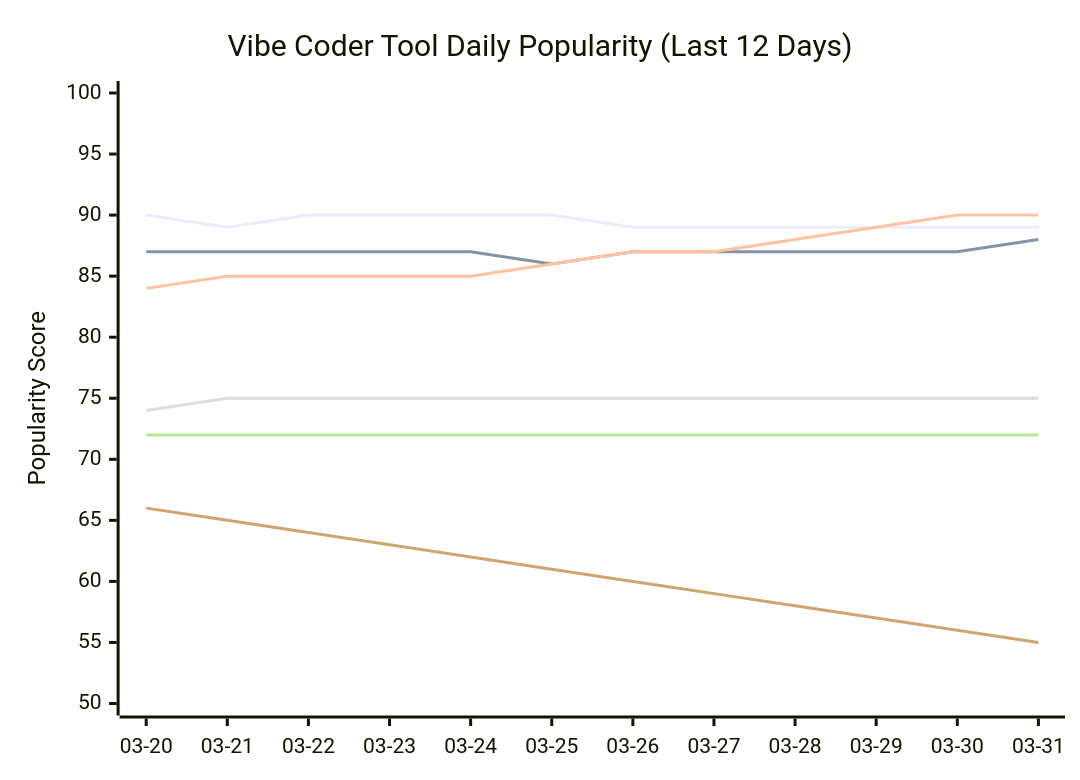
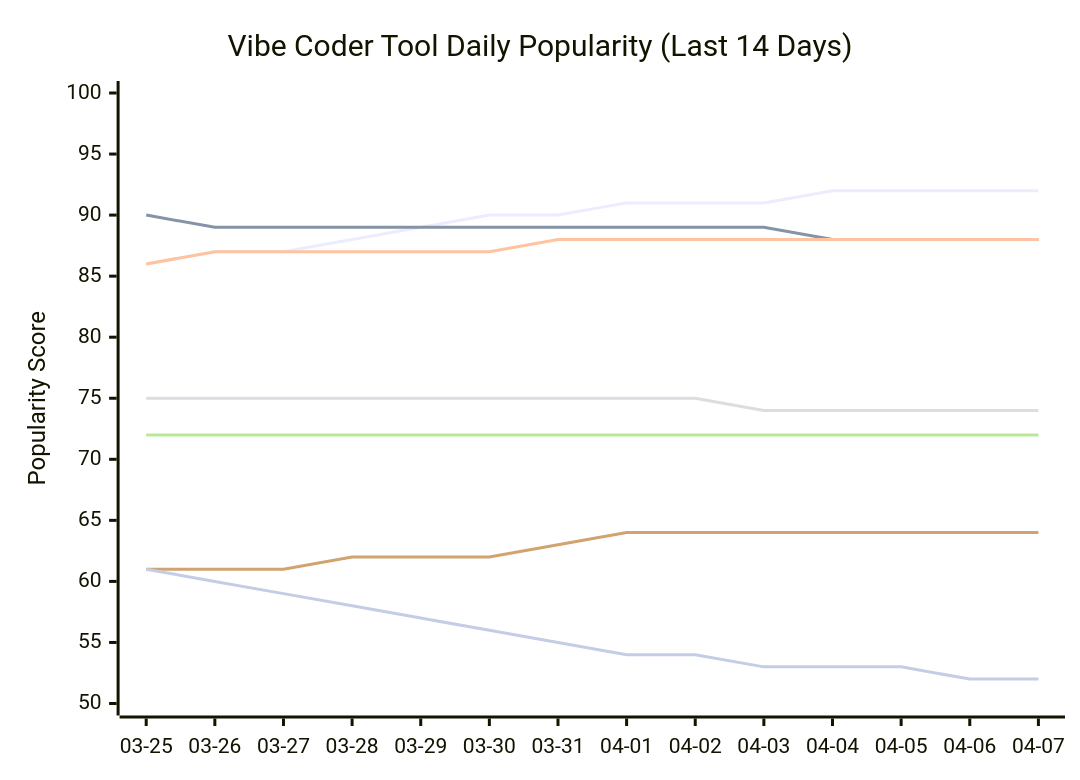
The seventh of 11 diagrams in README.md (Lazere4385/ai-whatchelin), drawn with Mermaid before and after one commit. The commit also changed other lines of this file and 2 other files, not shown here.

Commit message:
auto: daily update (2026-04-07)

````diff
--- a/README.md
+++ b/README.md
@@ -522,12 +528,13 @@
 ```mermaid
 xychart-beta
-    title "Vibe Coder Tool Daily Popularity (Last 12 Days)"
-    x-axis ["03-20", "03-21", "03-22", "03-23", "03-24", "03-25", "03-26", "03-27", "03-28", "03-29", "03-30", "03-31"]
+    title "Vibe Coder Tool Daily Popularity (Last 14 Days)"
+    x-axis ["03-25", "03-26", "03-27", "03-28", "03-29", "03-30", "03-31", "04-01", "04-02", "04-03", "04-04", "04-05", "04-06", "04-07"]
     y-axis "Popularity Score" 50 --> 100
-    line "GH Copilot" [90, 89, 90, 90, 90, 90, 89, 89, 89, 89, 89, 89]
-    line "Cursor" [87, 87, 87, 87, 87, 86, 87, 87, 87, 87, 87, 88]
-    line "Claude Code" [84, 85, 85, 85, 85, 86, 87, 87, 88, 89, 90, 90]
-    line "Windsurf" [74, 75, 75, 75, 75, 75, 75, 75, 75, 75, 75, 75]
-    line "Codex CLI" [72, 72, 72, 72, 72, 72, 72, 72, 72, 72, 72, 72]
-    line "Antigravity" [66, 65, 64, 63, 62, 61, 60, 59, 58, 57, 56, 55]
+    line "Claude Code" [86, 87, 87, 88, 89, 90, 90, 91, 91, 91, 92, 92, 92, 92]
+    line "GH Copilot" [90, 89, 89, 89, 89, 89, 89, 89, 89, 89, 88, 88, 88, 88]
+    line "Cursor" [86, 87, 87, 87, 87, 87, 88, 88, 88, 88, 88, 88, 88, 88]
+    line "Windsurf" [75, 75, 75, 75, 75, 75, 75, 75, 75, 74, 74, 74, 74, 74]
+    line "Codex CLI" [72, 72, 72, 72, 72, 72, 72, 72, 72, 72, 72, 72, 72, 72]
+    line "Gemini CLI" [61, 61, 61, 62, 62, 62, 63, 64, 64, 64, 64, 64, 64, 64]
+    line "Antigravity" [61, 60, 59, 58, 57, 56, 55, 54, 54, 53, 53, 53, 52, 52]
 ```
````
